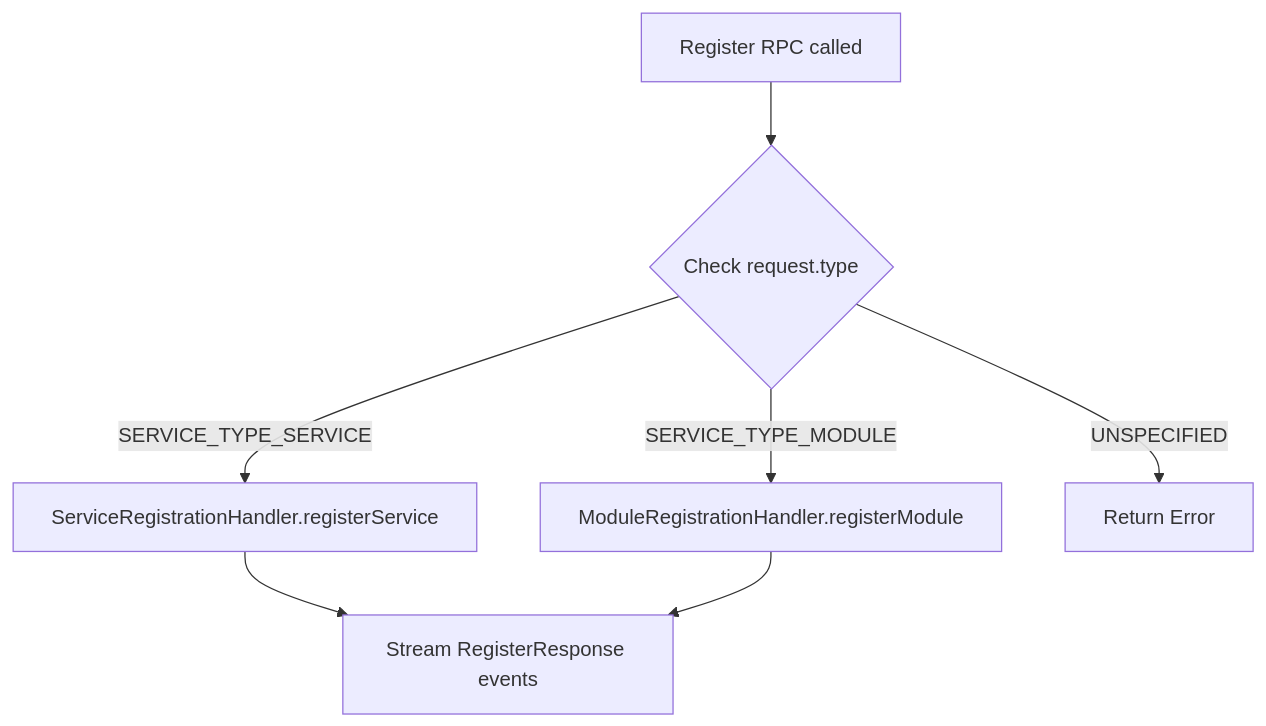
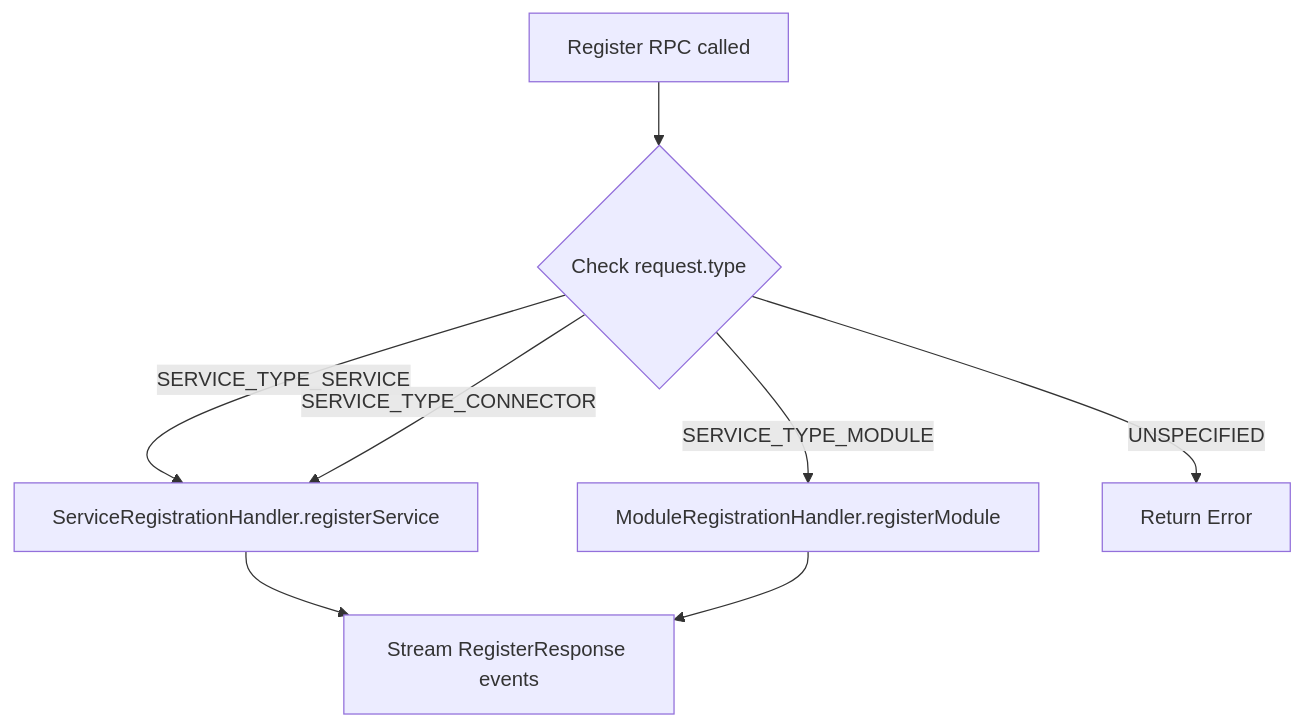
Before and after one commit to ai-pipestream/platform-registration-service: the second of 7 diagrams in docs/REGISTRATION_FLOW.md, drawn with Mermaid. The commit also changed other lines of this file and 12 other files, not shown here.

````diff
--- a/docs/REGISTRATION_FLOW.md
+++ b/docs/REGISTRATION_FLOW.md
@@ -91,10 +91,11 @@
 ```mermaid
 flowchart TD
     A[Register RPC called] --> B{Check request.type}
     B -->|SERVICE_TYPE_SERVICE| C[ServiceRegistrationHandler.registerService]
+    B -->|SERVICE_TYPE_CONNECTOR| C
     B -->|SERVICE_TYPE_MODULE| D[ModuleRegistrationHandler.registerModule]
     B -->|UNSPECIFIED| E[Return Error]
     
     C --> F[Stream RegisterResponse events]
     D --> F
 ```
````
